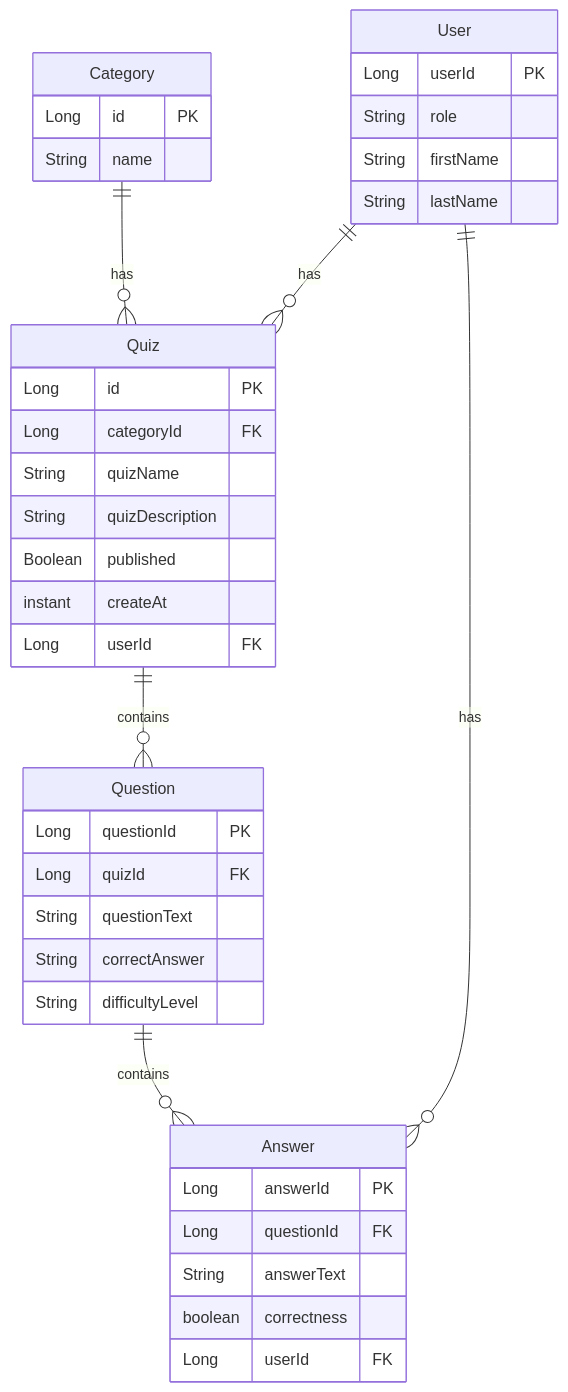
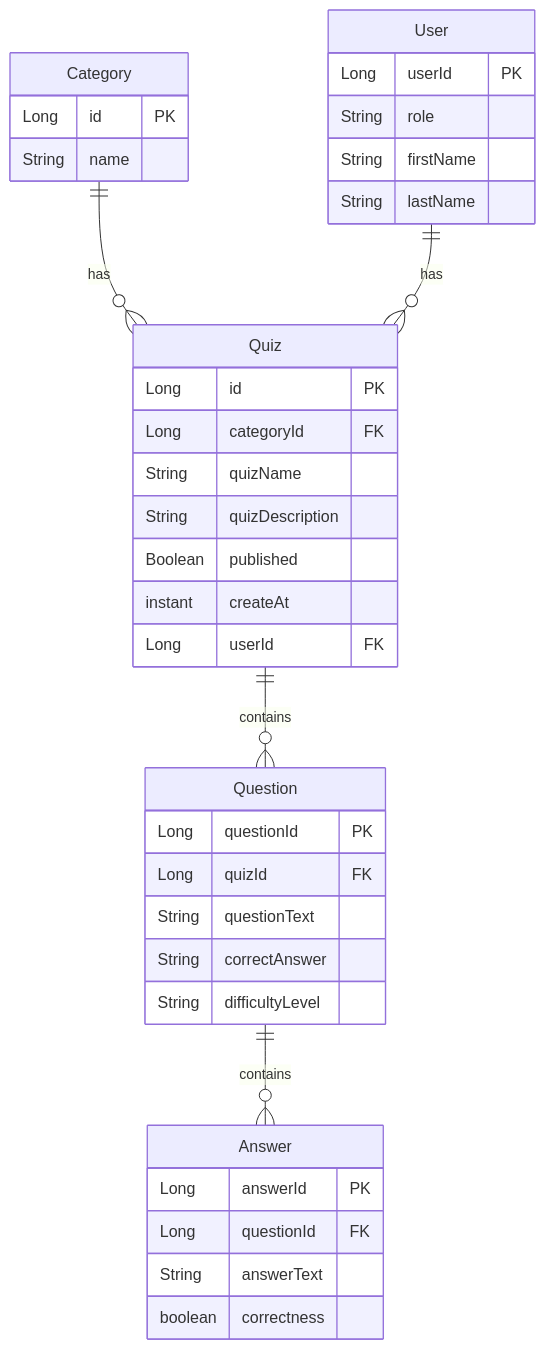
One commit to software-development-project-1/project-template changed the diagram in README.md. Above: the diagram before and after it, drawn with Mermaid. The commit also changed other lines of this file and 102 other files, not shown here.

````diff
--- a/README.md
+++ b/README.md
@@ -52,42 +52,40 @@
 ```mermaid
 erDiagram
     Category ||--o{ Quiz : has
     Category {
         Long id PK
         String name
     }
     Quiz ||--o{ Question : contains
     Quiz {
         Long id PK
         Long categoryId FK
         String quizName
         String quizDescription
         Boolean published
         instant createAt
         Long userId FK
     }
     User ||--o{ Quiz : has
-    User ||--o{ Answer : has
     User {
         Long userId PK
         String role
         String firstName
         String lastName
     }
     Question {
         Long questionId PK
         Long quizId FK
         String questionText
         String correctAnswer
         String difficultyLevel
     }
     Question ||--o{ Answer : contains
     Answer{
         Long answerId PK
         Long questionId FK
         String answerText
         boolean correctness
-        Long userId FK
     }
 
 ```
````
